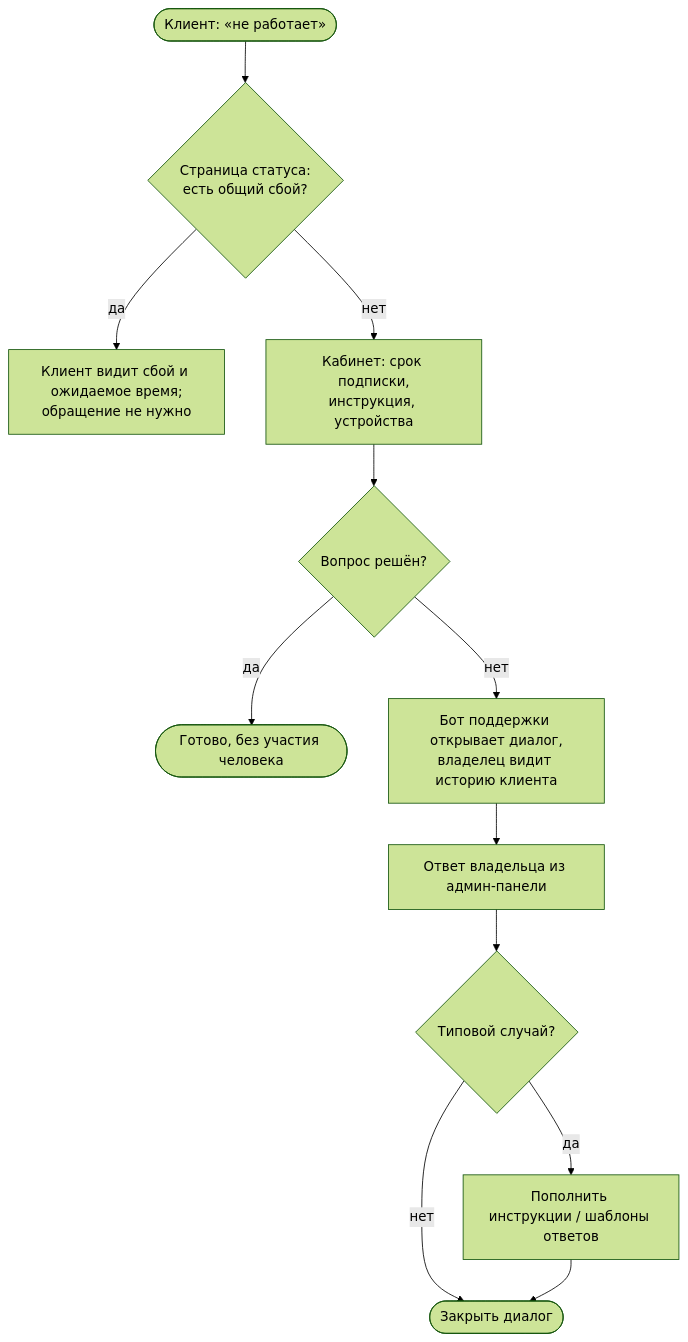
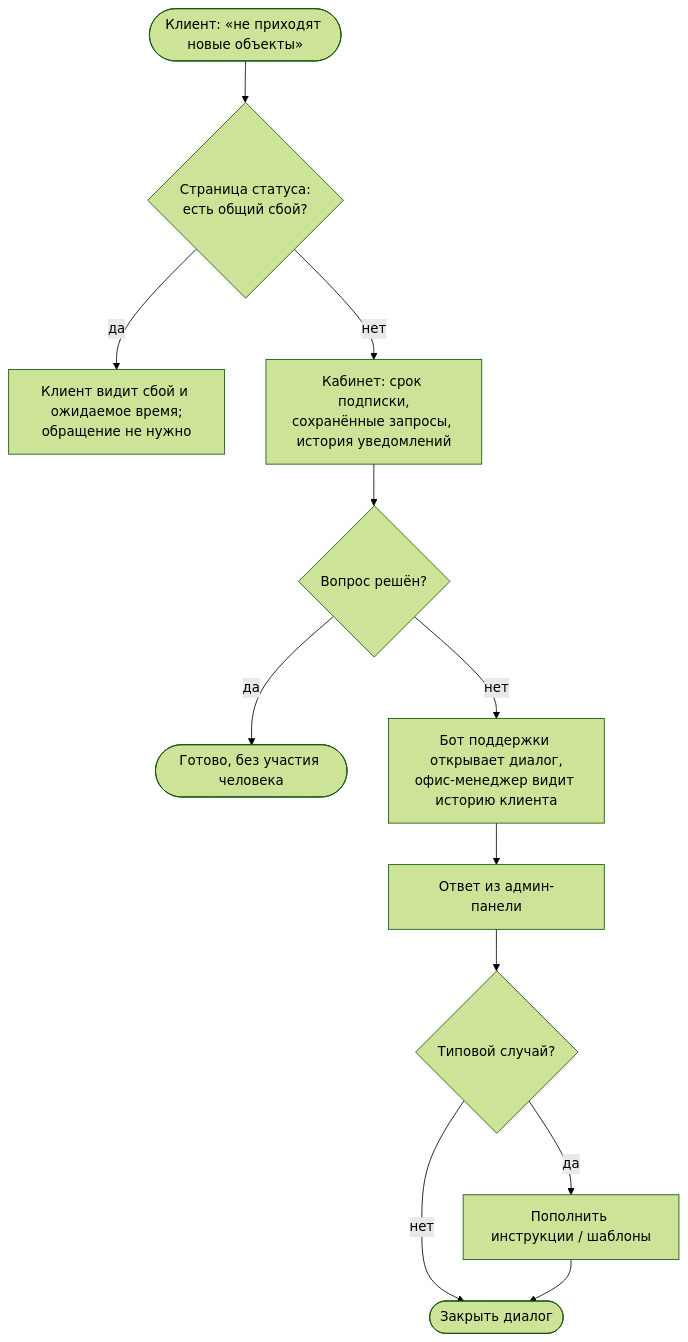
One commit to Dv2Corn/kursovaya changed the sixth of 9 diagrams in docs/03-proekt-to-be.md. Above: the diagram before and after it, drawn with Mermaid (forest theme). The commit also changed other lines of this file and 4 other files, not shown here.

Commit message:
Курсовая под кейс «Квартирант плюс»: README, введение со сменой бизнес-модели, анализ «как есть», целевые процессы и архитектура со схемами

````diff
--- a/docs/03-proekt-to-be.md
+++ b/docs/03-proekt-to-be.md
@@ -119,14 +248,14 @@
 ```mermaid
 flowchart TD
-    A(["Клиент: «не работает»"]) --> B{"Страница статуса:<br/>есть общий сбой?"}
+    A(["Клиент: «не приходят новые объекты»"]) --> B{"Страница статуса:<br/>есть общий сбой?"}
     B -- "да" --> C["Клиент видит сбой и ожидаемое время;<br/>обращение не нужно"]
-    B -- "нет" --> D["Кабинет: срок подписки,<br/>инструкция, устройства"]
+    B -- "нет" --> D["Кабинет: срок подписки,<br/>сохранённые запросы, история уведомлений"]
     D --> E{"Вопрос решён?"}
     E -- "да" --> F(["Готово, без участия человека"])
-    E -- "нет" --> G["Бот поддержки открывает диалог,<br/>владелец видит историю клиента"]
-    G --> H["Ответ владельца из админ-панели"]
+    E -- "нет" --> G["Бот поддержки открывает диалог,<br/>офис-менеджер видит историю клиента"]
+    G --> H["Ответ из админ-панели"]
     H --> I{"Типовой случай?"}
-    I -- "да" --> J["Пополнить инструкции / шаблоны ответов"]
+    I -- "да" --> J["Пополнить инструкции / шаблоны"]
     I -- "нет" --> K(["Закрыть диалог"])
     J --> K
 ```
````
